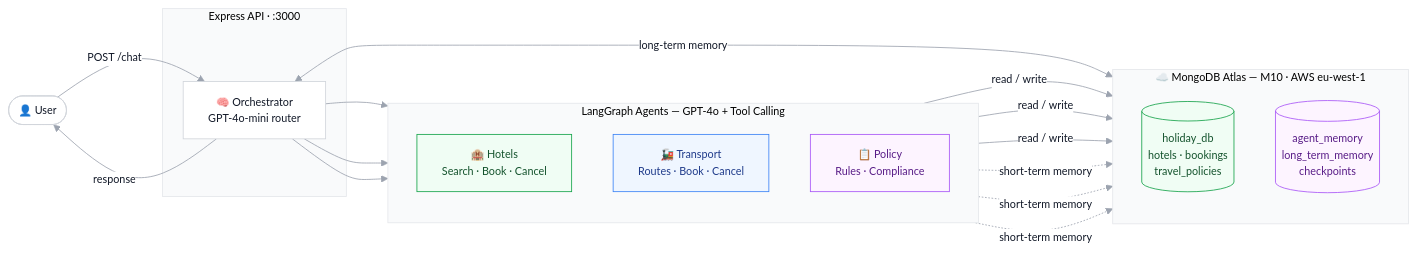
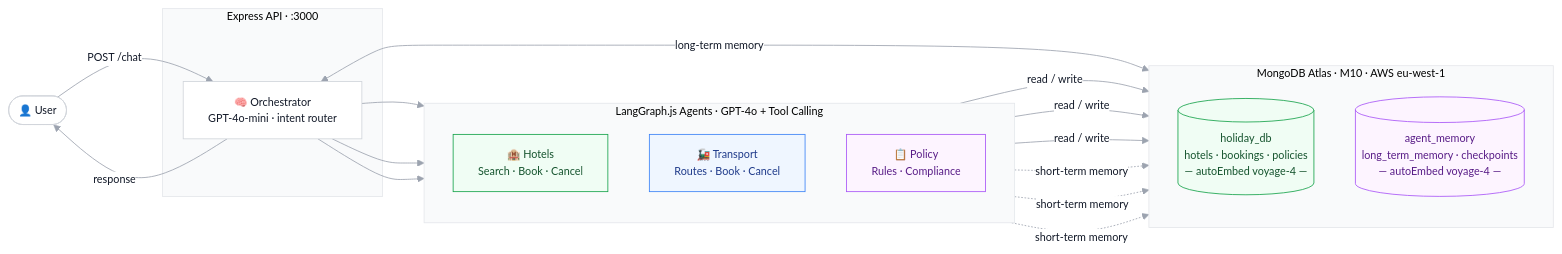
The diagram in README.md (scott-thomas/multi-agent-holiday-assistant-mongodb), drawn with Mermaid before and after one commit. The commit also changed other lines of this file, not shown here.

Commit message:
docs: add tech stack badges + autoEmbed callout in diagram

````diff
--- a/README.md
+++ b/README.md
@@ -10,35 +19,35 @@
 ```mermaid
 %%{init: {"theme": "base", "themeVariables": {"primaryColor": "#ffffff", "primaryBorderColor": "#d1d5db", "primaryTextColor": "#111827", "lineColor": "#9ca3af", "secondaryColor": "#f9fafb", "clusterBkg": "#f9fafb", "clusterBorder": "#e5e7eb", "edgeLabelBackground": "#ffffff", "fontFamily": "ui-sans-serif, system-ui, sans-serif", "fontSize": "13px"}}}%%
 flowchart LR
     User(["👤 User"])
 
     subgraph App["Express API · :3000"]
-        ORC["🧠 Orchestrator\nGPT-4o-mini router"]
+        ORC["🧠 Orchestrator\nGPT-4o-mini · intent router"]
     end
 
-    subgraph Agents["LangGraph Agents  —  GPT-4o + Tool Calling"]
+    subgraph Agents["LangGraph.js Agents  ·  GPT-4o + Tool Calling"]
         direction TB
         H["🏨 Hotels\nSearch · Book · Cancel"]
         T["🚂 Transport\nRoutes · Book · Cancel"]
         P["📋 Policy\nRules · Compliance"]
     end
 
-    subgraph Atlas["☁️ MongoDB Atlas  —  M10 · AWS eu-west-1"]
+    subgraph Atlas["MongoDB Atlas  ·  M10 · AWS eu-west-1"]
         direction TB
-        HD[("holiday_db\nhotels · bookings\ntravel_policies")]
-        MEM[("agent_memory\nlong_term_memory\ncheckpoints")]
+        HD[("holiday_db\nhotels · bookings · policies\n— autoEmbed voyage-4 —")]
+        MEM[("agent_memory\nlong_term_memory · checkpoints\n— autoEmbed voyage-4 —")]
     end
 
     User -->|"POST /chat"| ORC
     ORC --> H & T & P
     ORC <-->|"long-term memory"| MEM
     H & T & P -->|"read / write"| HD
     H & T & P -.->|"short-term memory"| MEM
     ORC -->|"response"| User
 
     style H fill:#f0fdf4,stroke:#16a34a,color:#14532d
     style T fill:#eff6ff,stroke:#3b82f6,color:#1e3a8a
     style P fill:#fdf4ff,stroke:#a855f7,color:#581c87
     style HD fill:#f0fdf4,stroke:#16a34a,color:#14532d
     style MEM fill:#fdf4ff,stroke:#a855f7,color:#581c87
 ```
````
